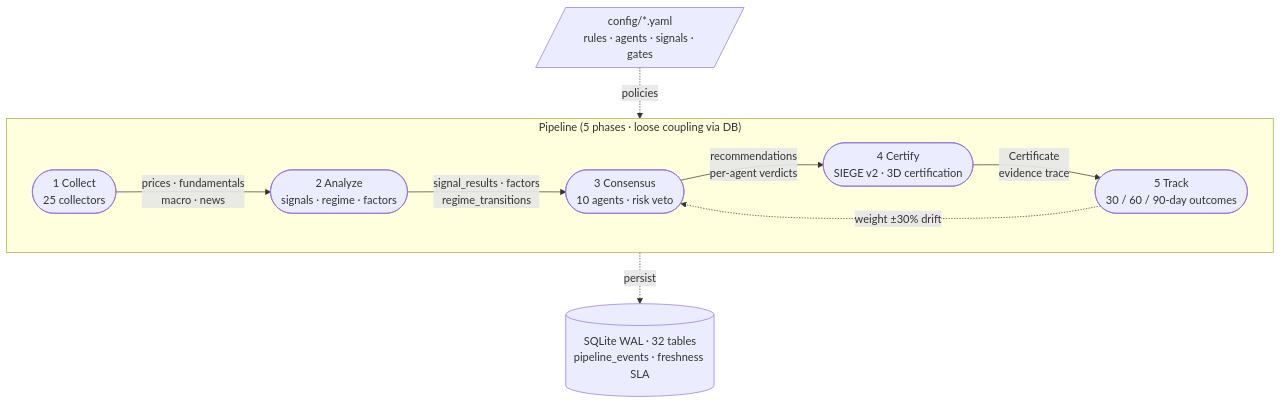
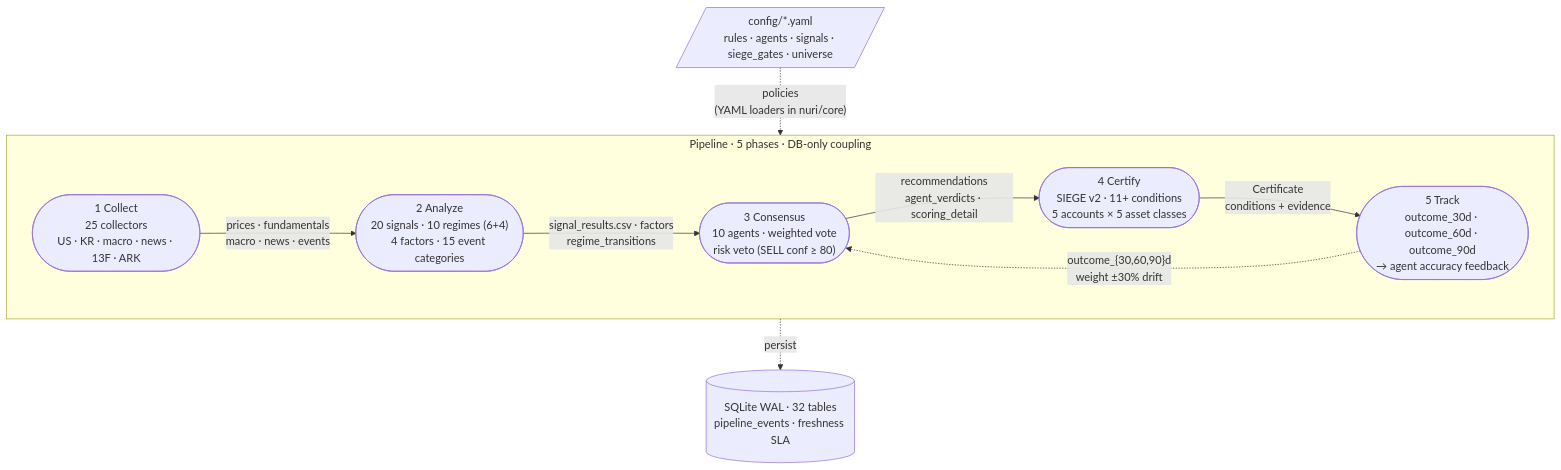
The diagram in README.md (researcherhojin/nuri-quant), drawn with Mermaid before and after one commit. The commit also changed 1 other file, not shown here.

First paragraph of the commit message:
docs(readme): tighten architecture mermaid — concrete numeric scaffolding (#390)
* docs(readme): tighten architecture mermaid — concrete numeric scaffolding per stage

````diff
--- a/README.md
+++ b/README.md
@@ -19,24 +19,24 @@
 ```mermaid
 flowchart TD
-    CFG[/"config/*.yaml<br/>rules · agents · signals · gates"/]
+    CFG[/"config/*.yaml<br/>rules · agents · signals · siege_gates · universe"/]
 
-    subgraph Pipeline["Pipeline (5 phases · loose coupling via DB)"]
+    subgraph Pipeline["Pipeline · 5 phases · DB-only coupling"]
         direction LR
-        A(["1 Collect<br/>25 collectors"])
-        B(["2 Analyze<br/>signals · regime · factors"])
-        C(["3 Consensus<br/>10 agents · risk veto"])
-        D(["4 Certify<br/>SIEGE v2 · 3D certification"])
-        E(["5 Track<br/>30 / 60 / 90-day outcomes"])
+        A(["1 Collect<br/>25 collectors<br/>US · KR · macro · news · 13F · ARK"])
+        B(["2 Analyze<br/>20 signals · 10 regimes (6+4)<br/>4 factors · 15 event categories"])
+        C(["3 Consensus<br/>10 agents · weighted vote<br/>risk veto (SELL conf ≥ 80)"])
+        D(["4 Certify<br/>SIEGE v2 · 11+ conditions<br/>5 accounts × 5 asset classes"])
+        E(["5 Track<br/>outcome_30d · outcome_60d · outcome_90d<br/>→ agent accuracy feedback"])
 
-        A -- "prices · fundamentals<br/>macro · news" --> B
-        B -- "signal_results · factors<br/>regime_transitions" --> C
-        C -- "recommendations<br/>per-agent verdicts" --> D
-        D -- "Certificate<br/>evidence trace" --> E
-        E -. "weight ±30% drift" .-> C
+        A -- "prices · fundamentals<br/>macro · news · events" --> B
+        B -- "signal_results.csv · factors<br/>regime_transitions" --> C
+        C -- "recommendations<br/>agent_verdicts · scoring_detail" --> D
+        D -- "Certificate<br/>conditions + evidence" --> E
+        E -. "outcome_{30,60,90}d<br/>weight ±30% drift" .-> C
     end
 
     DB[("SQLite WAL · 32 tables<br/>pipeline_events · freshness SLA")]
 
-    CFG -. policies .-> Pipeline
+    CFG -. "policies<br/>(YAML loaders in nuri/core)" .-> Pipeline
     Pipeline -. persist .-> DB
 ```
````
